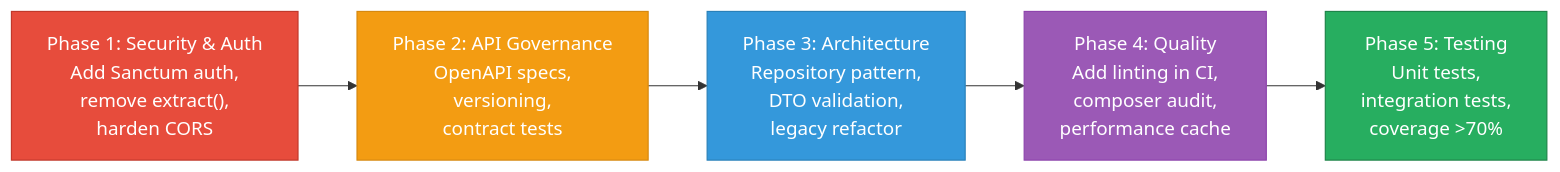
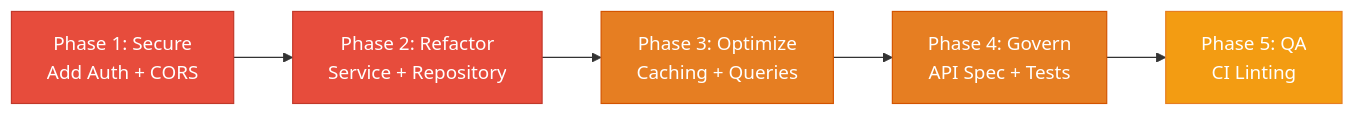
One commit to shende-shweta/FSDKC changed the third of 3 diagrams in docs/discovery/04-backend-modernization.md. Above: the diagram before and after it, drawn with Mermaid. The commit also changed other lines of this file and 2 other files, not shown here.

````diff
--- a/docs/discovery/04-backend-modernization.md
+++ b/docs/discovery/04-backend-modernization.md
@@ -684,19 +788,16 @@
 ```mermaid
 flowchart LR
-  P1["Phase 1: Security & Auth<br/>Add Sanctum auth,<br/>remove extract(),<br/>harden CORS"] --> P2["Phase 2: API Governance<br/>OpenAPI specs,<br/>versioning,<br/>contract tests"]
-  P2 --> P3["Phase 3: Architecture<br/>Repository pattern,<br/>DTO validation,<br/>legacy refactor"]
-  P3 --> P4["Phase 4: Quality<br/>Add linting in CI,<br/>composer audit,<br/>performance cache"]
-  P4 --> P5["Phase 5: Testing<br/>Unit tests,<br/>integration tests,<br/>coverage >70%"]
-  
-  classDef critical fill:#e74c3c,stroke:#c0392b,color:#fff
-  classDef phase2 fill:#f39c12,stroke:#d68910,color:#fff
-  classDef phase3 fill:#3498db,stroke:#2980b9,color:#fff
-  classDef phase4 fill:#9b59b6,stroke:#8e44ad,color:#fff
-  classDef phase5 fill:#27ae60,stroke:#1e8449,color:#fff
-  
-  class P1 critical
-  class P2 phase2
-  class P3 phase3
-  class P4 phase4
-  class P5 phase5
+    P1["Phase 1: Secure<br/>Add Auth + CORS"] --> P2["Phase 2: Refactor<br/>Service + Repository"]
+    P2 --> P3["Phase 3: Optimize<br/>Caching + Queries"]
+    P3 --> P4["Phase 4: Govern<br/>API Spec + Tests"]
+    P4 --> P5["Phase 5: QA<br/>CI Linting"]
+    classDef crit fill:#e74c3c,stroke:#c0392b,color:#fff
+    classDef high fill:#e67e22,stroke:#d35400,color:#fff
+    classDef med fill:#f39c12,stroke:#e67e22,color:#fff
+    classDef low fill:#27ae60,stroke:#1e8449,color:#fff
+    class P1 crit
+    class P2 crit
+    class P3 high
+    class P4 high
+    class P5 med
 ```
````
